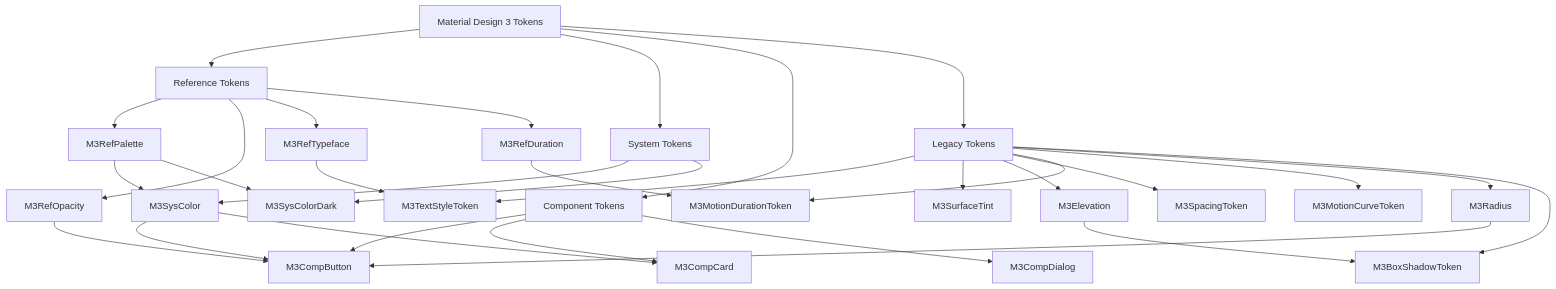
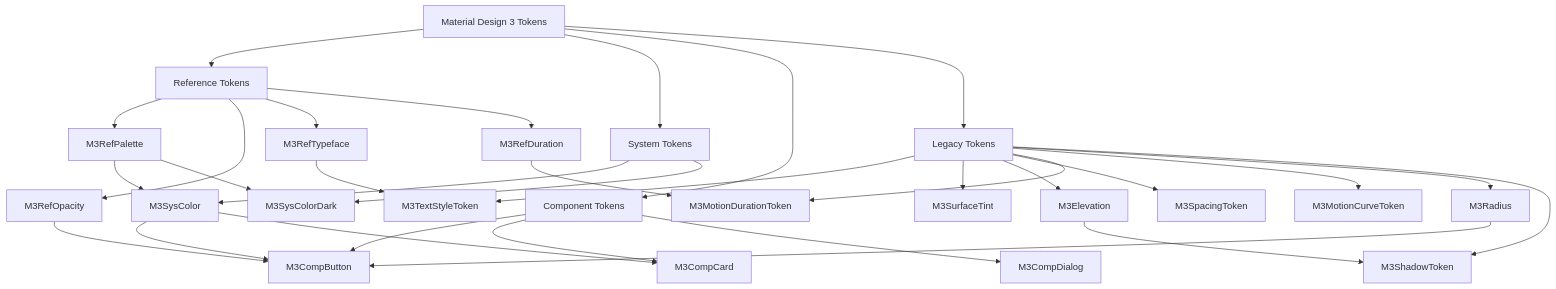
Before and after one commit to fluttely/material_design: the first of 5 diagrams in documentation/material_design/pt_BR/maps/Token Map.md, drawn with Mermaid. The commit also changed 16 other files, not shown here.

````diff
--- a/documentation/material_design/pt_BR/maps/Token Map.md
+++ b/documentation/material_design/pt_BR/maps/Token Map.md
@@ -11,41 +11,41 @@
 ```mermaid
 graph TD
     A[Material Design 3 Tokens] --> B[Reference Tokens]
     A --> C[System Tokens]
     A --> D[Component Tokens]
     A --> E[Legacy Tokens]
 
     B --> B1[M3RefPalette]
     B --> B2[M3RefOpacity]
     B --> B3[M3RefTypeface]
     B --> B4[M3RefDuration]
 
     C --> C1[M3SysColor]
     C --> C2[M3SysColorDark]
 
     D --> D1[M3CompButton]
     D --> D2[M3CompCard]
     D --> D3[M3CompDialog]
 
     E --> E1[M3TextStyleToken]
     E --> E2[M3SurfaceTint]
     E --> E3[M3Elevation]
     E --> E4[M3SpacingToken]
     E --> E5[M3MotionDurationToken]
     E --> E6[M3MotionCurveToken]
     E --> E7[M3Radius]
-    E --> E8[M3BoxShadowToken]
+    E --> E8[M3ShadowToken]
 
     %% Conexões de dependência
     B1 --> C1
     B1 --> C2
     B2 --> D1
     B3 --> E1
     B4 --> E5
 
     C1 --> D1
     C1 --> D2
 
     E3 --> E8
     E7 --> D1
 ```
````
